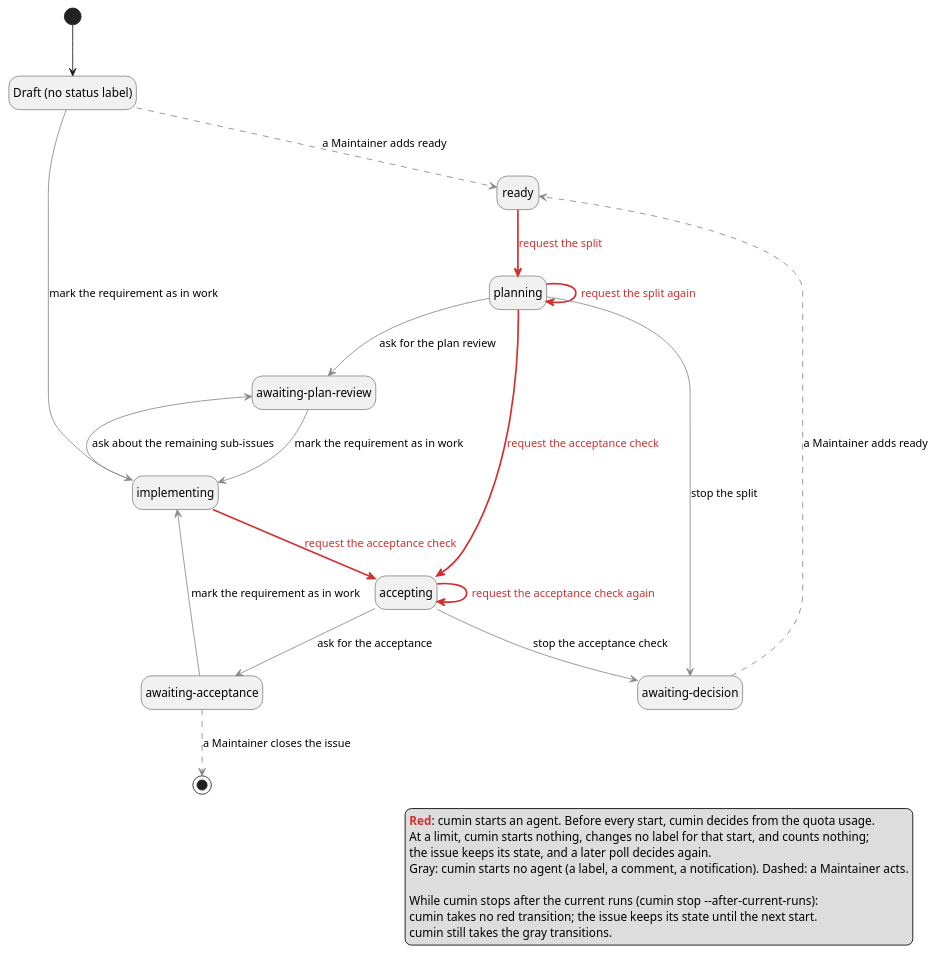
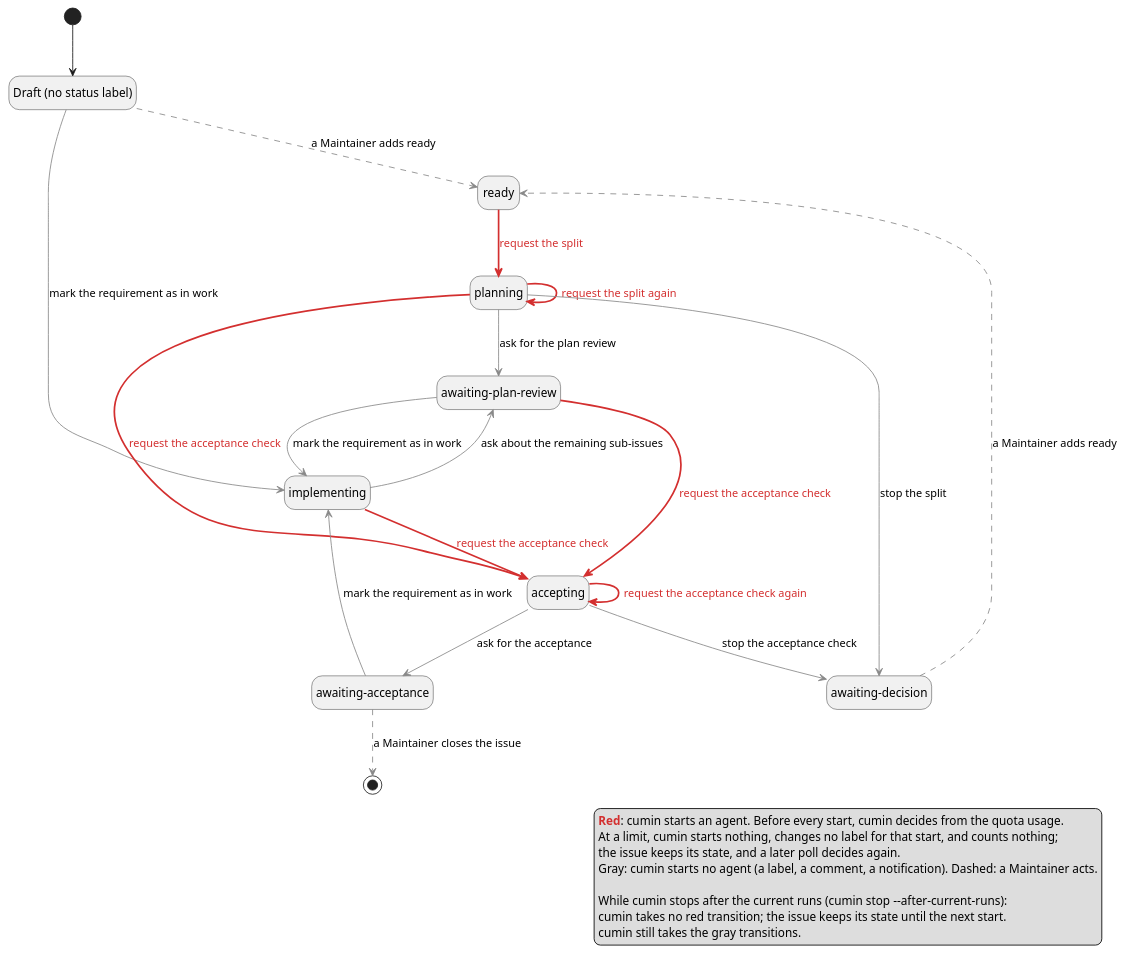
The diagram in docs/ja/requirements/workflow/requirement-issue-agent-starts.puml (cloveclovedev/cumin-works), drawn with PlantUML before and after one commit. The commit also changed 5 other files, not shown here.

First line of the commit message:
docs(requirements): request the acceptance check from the plan review state too (#663)

```diff
--- a/docs/ja/requirements/workflow/requirement-issue-agent-starts.puml
+++ b/docs/ja/requirements/workflow/requirement-issue-agent-starts.puml
@@ -1,47 +1,48 @@
 @startuml requirement-issue-agent-starts
 ' cumin works - states of a requirement issue: which transitions start an agent,
 ' they all read the quota usage first, and none is taken while cumin stops after the current runs.
 ' The states and the transitions are the ones of requirement-issue-states.puml; only the names are shown.
 ' Render: run scripts/render-diagrams.sh at the root of the repository.
 
 hide empty description
 
 state "Draft (no status label)" as Draft
 state "ready" as Ready
 state "planning" as Planning
 state "awaiting-plan-review" as PlanReview
 state "implementing" as Implementing
 state "accepting" as Accepting
 state "awaiting-acceptance" as Acceptance
 state "awaiting-decision" as Decision
 
 [*] --> Draft
 Draft -[#888888,dashed]-> Ready : a Maintainer adds ready
 Draft -[#888888]-> Implementing : mark the requirement as in work
 Ready -[#D32F2F,bold]-> Planning : <color:#D32F2F>request the split</color>
 Planning -[#888888]-> PlanReview : ask for the plan review
 Planning -[#D32F2F,bold]-> Accepting : <color:#D32F2F>request the acceptance check</color>
 Planning -[#D32F2F,bold]-> Planning : <color:#D32F2F>request the split again</color>
 Planning -[#888888]-> Decision : stop the split
 PlanReview -[#888888]-> Implementing : mark the requirement as in work
+PlanReview -[#D32F2F,bold]-> Accepting : <color:#D32F2F>request the acceptance check</color>
 Implementing -[#D32F2F,bold]-> Accepting : <color:#D32F2F>request the acceptance check</color>
 Implementing -[#888888]-> PlanReview : ask about the remaining sub-issues
 Accepting -[#888888]-> Acceptance : ask for the acceptance
 Accepting -[#D32F2F,bold]-> Accepting : <color:#D32F2F>request the acceptance check again</color>
 Accepting -[#888888]-> Decision : stop the acceptance check
 Acceptance -[#888888]-> Implementing : mark the requirement as in work
 Acceptance -[#888888,dashed]-> [*] : a Maintainer closes the issue
 Decision -[#888888,dashed]-> Ready : a Maintainer adds ready
 
 legend right
   <color:#D32F2F>**Red**</color>: cumin starts an agent. Before every start, cumin decides from the quota usage.
   At a limit, cumin starts nothing, changes no label for that start, and counts nothing;
   the issue keeps its state, and a later poll decides again.
   Gray: cumin starts no agent (a label, a comment, a notification). Dashed: a Maintainer acts.
 
   While cumin stops after the current runs (cumin stop --after-current-runs):
   cumin takes no red transition; the issue keeps its state until the next start.
   cumin still takes the gray transitions.
 endlegend
 
 @enduml
```
